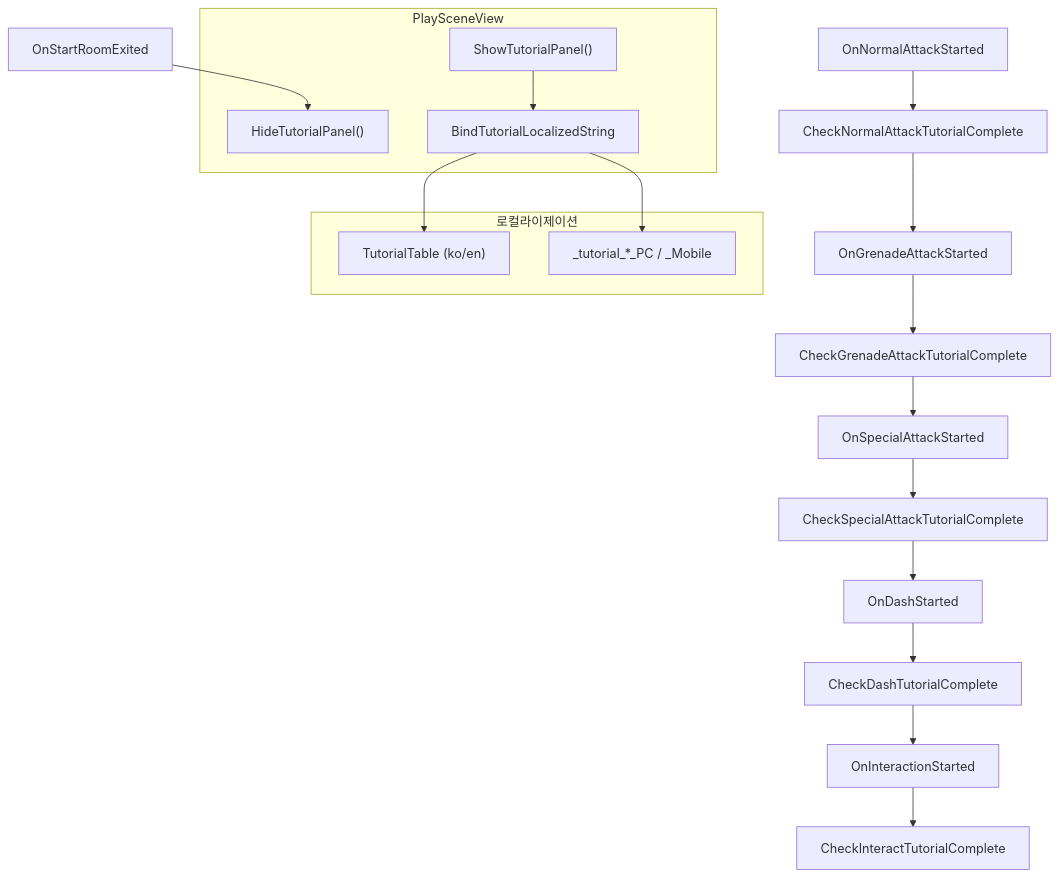
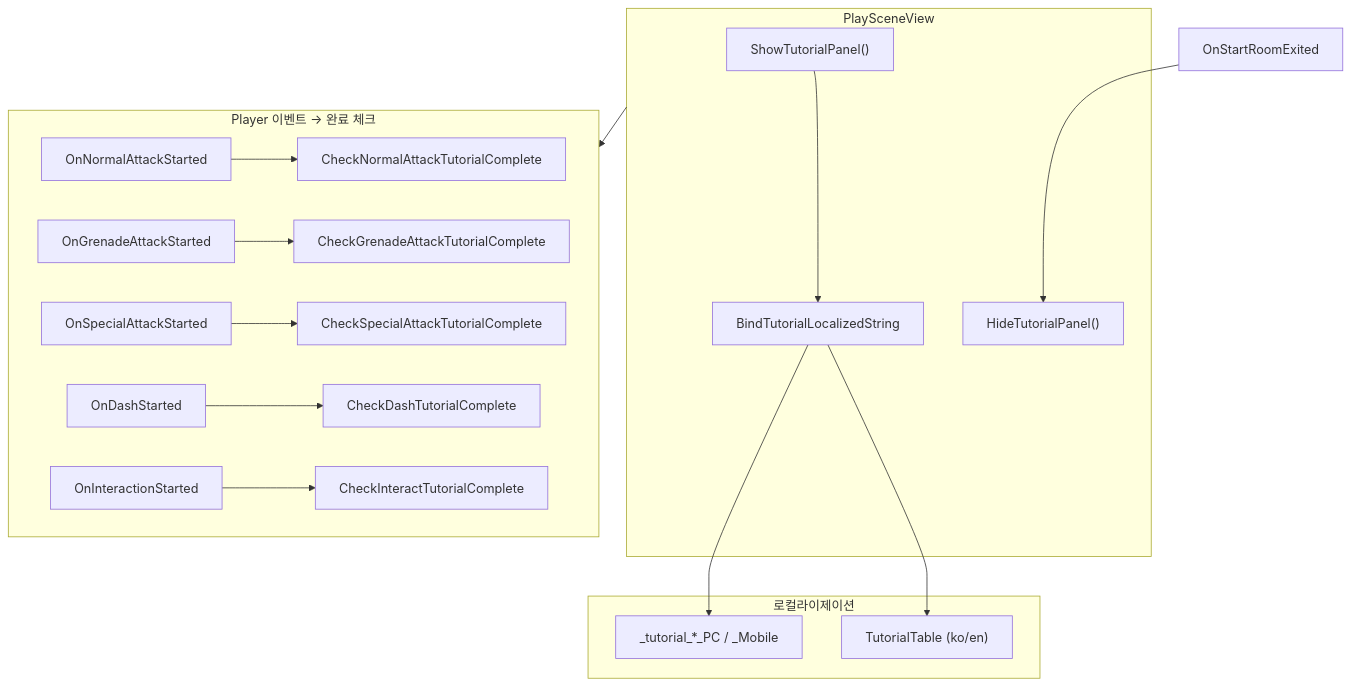
One commit to TeamNemesis/ProjectNemesis changed the fifth of 5 diagrams in README.md. Above: the diagram before and after it, drawn with Mermaid.

````diff
--- a/README.md
+++ b/README.md
@@ -239,29 +239,28 @@
 ```mermaid
 flowchart TB
     subgraph PlaySceneView["PlaySceneView"]
         ShowPanel["ShowTutorialPanel()"]
         HidePanel["HideTutorialPanel()"]
         BindTutorial["BindTutorialLocalizedString"]
     end
 
     subgraph Localization["로컬라이제이션"]
         TutorialTable["TutorialTable (ko/en)"]
         Keys["_tutorial_*_PC / _Mobile"]
     end
 
-    OnNA["OnNormalAttackStarted"] --> CheckNA["CheckNormalAttackTutorialComplete"]
-    CheckNA --> OnGrenade["OnGrenadeAttackStarted"]
-    OnGrenade --> CheckGrenade["CheckGrenadeAttackTutorialComplete"]
-    CheckGrenade --> OnSA["OnSpecialAttackStarted"]
-    OnSA --> CheckSA["CheckSpecialAttackTutorialComplete"]
-    CheckSA --> OnDash["OnDashStarted"]
-    OnDash --> CheckDash["CheckDashTutorialComplete"]
-    CheckDash --> OnInteract["OnInteractionStarted"]
-    OnInteract --> CheckInteract["CheckInteractTutorialComplete"]
+    subgraph EventCheck["Player 이벤트 → 완료 체크"]
+        OnNA["OnNormalAttackStarted"] --> CheckNA["CheckNormalAttackTutorialComplete"]
+        OnGrenade["OnGrenadeAttackStarted"] --> CheckGrenade["CheckGrenadeAttackTutorialComplete"]
+        OnSA["OnSpecialAttackStarted"] --> CheckSA["CheckSpecialAttackTutorialComplete"]
+        OnDash["OnDashStarted"] --> CheckDash["CheckDashTutorialComplete"]
+        OnInteract["OnInteractionStarted"] --> CheckInteract["CheckInteractTutorialComplete"]
+    end
 
     OnStartExit["OnStartRoomExited"] --> HidePanel
 
     ShowPanel --> BindTutorial
     BindTutorial --> TutorialTable
     BindTutorial --> Keys
+    PlaySceneView --> EventCheck
 ```
````
